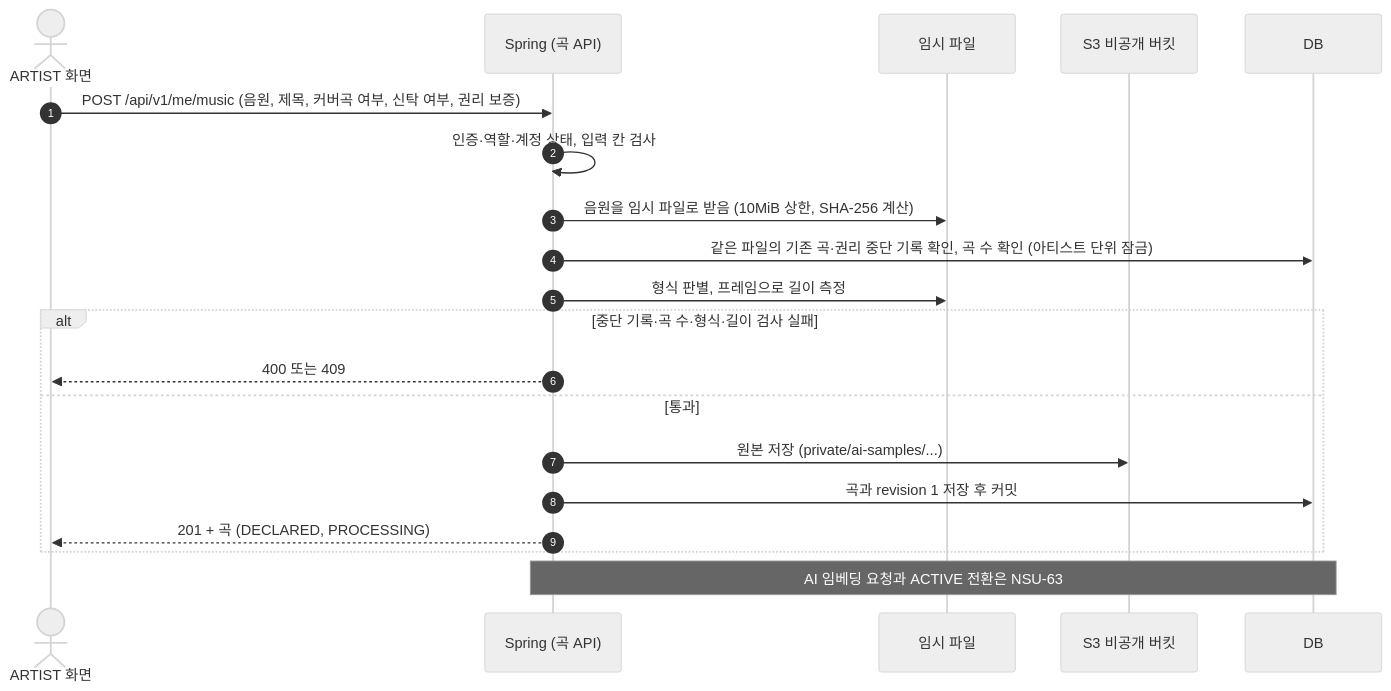
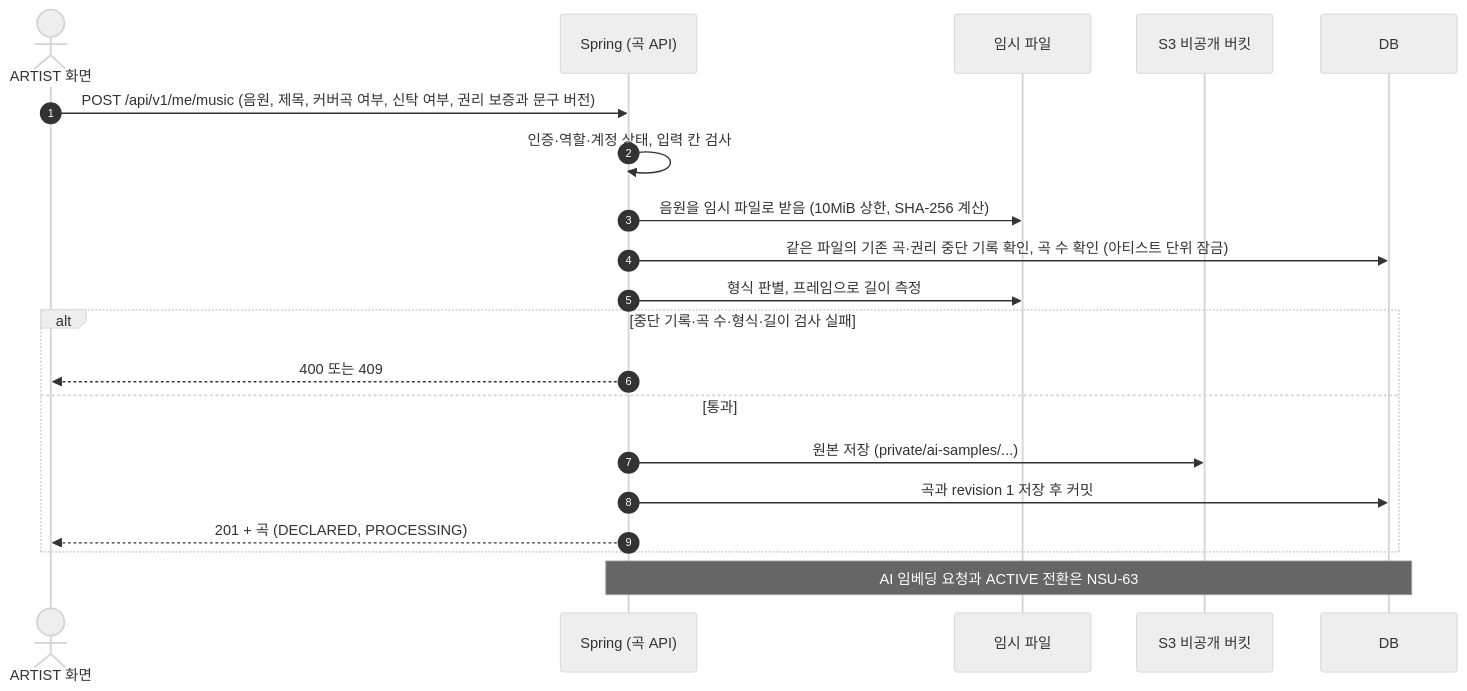
Before and after one commit to nsuCapstoneTeam/NSU_CAPSTONE: the first of 2 diagrams in docs/api/04_music.md, drawn with Mermaid (neutral theme). The commit also changed other lines of this file and 1 other file, not shown here.

````diff
--- a/docs/api/04_music.md
+++ b/docs/api/04_music.md
@@ -81,23 +81,23 @@
 ```mermaid
 sequenceDiagram
     autonumber
     actor A as ARTIST 화면
     participant S as Spring (곡 API)
     participant T as 임시 파일
     participant B as S3 비공개 버킷
     participant D as DB
 
-    A->>S: POST /api/v1/me/music (음원, 제목, 커버곡 여부, 신탁 여부, 권리 보증)
+    A->>S: POST /api/v1/me/music (음원, 제목, 커버곡 여부, 신탁 여부, 권리 보증과 문구 버전)
     S->>S: 인증·역할·계정 상태, 입력 칸 검사
     S->>T: 음원을 임시 파일로 받음 (10MiB 상한, SHA-256 계산)
     S->>D: 같은 파일의 기존 곡·권리 중단 기록 확인, 곡 수 확인 (아티스트 단위 잠금)
     S->>T: 형식 판별, 프레임으로 길이 측정
     alt 중단 기록·곡 수·형식·길이 검사 실패
         S-->>A: 400 또는 409
     else 통과
         S->>B: 원본 저장 (private/ai-samples/...)
         S->>D: 곡과 revision 1 저장 후 커밋
         S-->>A: 201 + 곡 (DECLARED, PROCESSING)
     end
     Note over S,D: AI 임베딩 요청과 ACTIVE 전환은 NSU-63
 ```
````
